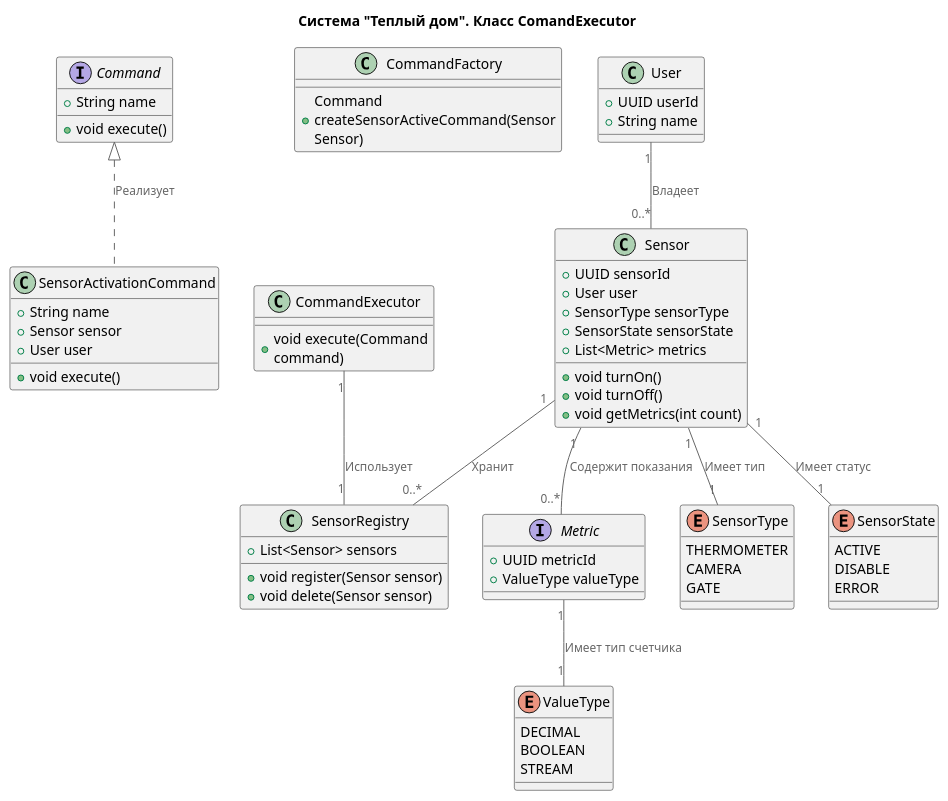
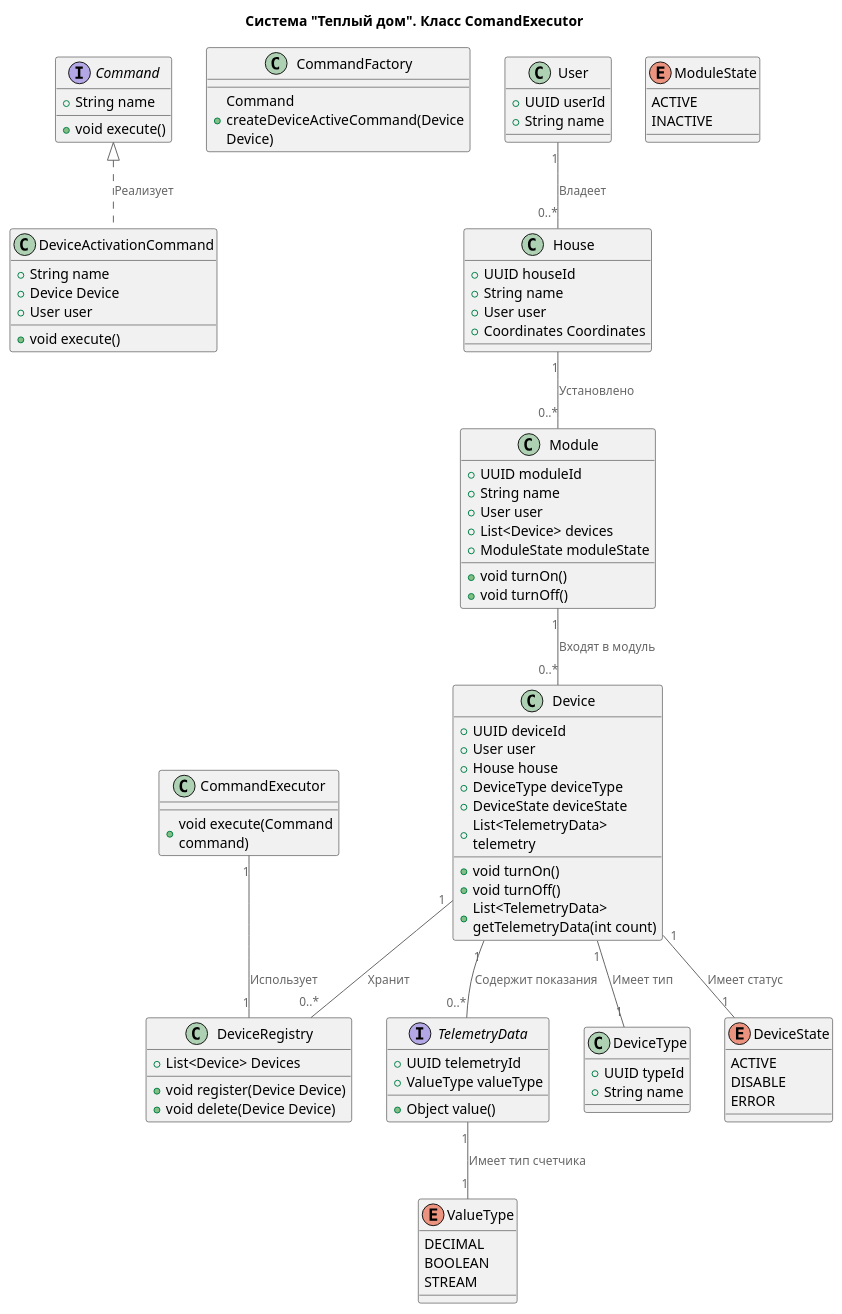
One commit to AlexVolkow/architecture-sprint-3 changed the diagram in part1/Code.puml. Above: the diagram before and after it, drawn with PlantUML. The commit also changed 5 other files, not shown here.

Commit message:
Обновил схемы

```diff
--- a/part1/Code.puml
+++ b/part1/Code.puml
@@ -1,86 +1,114 @@
 @startuml
 title Система "Теплый дом". Класс ComandExecutor
 
 top to bottom direction
 
 !includeurl https://raw.githubusercontent.com/RicardoNiepel/C4-PlantUML/master/C4_Component.puml
 
 interface Command {
     +String name
 
     +void execute()
 }
 
-class SensorActivationCommand {
+class DeviceActivationCommand {
     +String name
-    +Sensor sensor
+    +Device Device
     +User user
     +void execute()
 }
 
 class CommandFactory {
-    +Command createSensorActiveCommand(Sensor Sensor)
+    +Command createDeviceActiveCommand(Device Device)
 }
 
 class CommandExecutor {
     +void execute(Command command)
 }
 
-class Sensor {
-    +UUID sensorId
+class Device {
+    +UUID deviceId
     +User user
-    +SensorType sensorType
-    +SensorState sensorState
-    +List<Metric> metrics
+    +House house
+    +DeviceType deviceType
+    +DeviceState deviceState
+    +List<TelemetryData> telemetry
 
     +void turnOn()
     +void turnOff()
-    +void getMetrics(int count)
+    +List<TelemetryData> getTelemetryData(int count)
 }
 
-interface Metric  {
-    +UUID metricId
+interface TelemetryData  {
+    +UUID telemetryId
     +ValueType valueType
+
+    +Object value()
 }
 
 enum ValueType {
     DECIMAL
     BOOLEAN
     STREAM
 }
 
-enum SensorType {
-    THERMOMETER
-    CAMERA
-    GATE
+class DeviceType {
+    +UUID typeId
+    +String name
 }
 
-enum SensorState {
+enum DeviceState {
     ACTIVE
     DISABLE
     ERROR
 }
 
-class SensorRegistry {
-    +List<Sensor> sensors
+class DeviceRegistry {
+    +List<Device> Devices
 
-    +void register(Sensor sensor)
-    +void delete(Sensor sensor)
+    +void register(Device Device)
+    +void delete(Device Device)
 }
 
 class User {
     +UUID userId
     +String name
 }
 
 
-Sensor "1" -- "0..*" Metric : Содержит показания
-Sensor "1" -- "1" SensorType : Имеет тип
-Sensor "1" -- "1" SensorState : Имеет статус
-User "1" -- "0..*" Sensor : Владеет
-Command <|.. SensorActivationCommand: Реализует
-Metric "1" -- "1" ValueType : Имеет тип счетчика
-CommandExecutor "1" -- "1" SensorRegistry : Использует
-Sensor "1" -- "0..*" SensorRegistry : Хранит
+class House {
+    +UUID houseId
+    +String name
+    +User user
+    +Coordinates Coordinates
+}
+
+
+class Module {
+    +UUID moduleId
+    +String name
+    +User user
+    +List<Device> devices
+    +ModuleState moduleState
+
+    +void turnOn()
+    +void turnOff()
+}
+
+enum ModuleState {
+    ACTIVE
+    INACTIVE
+}
+
+Device "1" -- "0..*" TelemetryData : Содержит показания
+Device "1" -- "1" DeviceType : Имеет тип
+Device "1" -- "1" DeviceState : Имеет статус
+House "1" -- "0..*" Module : Установлено
+Module "1" -- "0..*" Device : Входят в модуль
+User "1" -- "0..*" House : Владеет
+Command <|.. DeviceActivationCommand: Реализует
+TelemetryData "1" -- "1" ValueType : Имеет тип счетчика
+CommandExecutor "1" -- "1" DeviceRegistry : Использует
+Device "1" -- "0..*" DeviceRegistry : Хранит
 
 @enduml 
```
